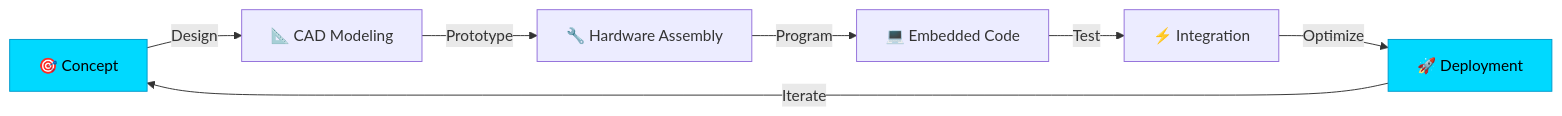
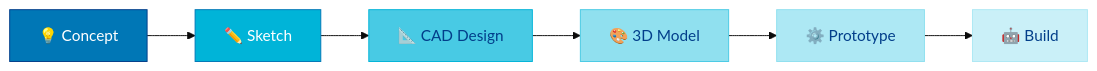
The second of 3 diagrams in readme.md (nasblor/nasblor), drawn with Mermaid before and after one commit. The commit also changed other lines of this file, not shown here.

````diff
--- a/readme.md
+++ b/readme.md
@@ -63,11 +99,15 @@
 ```mermaid
-graph LR
-    A[🎯 Concept] -->|Design| B[📐 CAD Modeling]
-    B -->|Prototype| C[🔧 Hardware Assembly]
-    C -->|Program| D[💻 Embedded Code]
-    D -->|Test| E[⚡ Integration]
-    E -->|Optimize| F[🚀 Deployment]
-    F -->|Iterate| A
-    style A fill:#00D9FF,stroke:#0099CC,color:#000
-    style F fill:#00D9FF,stroke:#0099CC,color:#000
+%%{init: {'theme': 'base', 'themeVariables': { 'primaryColor': '#0077B6', 'secondaryColor': '#90E0EF', 'tertiaryColor': '#CAF0F8', 'primaryTextColor': '#ffffff'}}}%%
+flowchart LR
+    A[💡 Concept] --> B[✏️ Sketch]
+    B --> C[📐 CAD Design]
+    C --> D[🎨 3D Model]
+    D --> E[⚙️ Prototype]
+    E --> F[🤖 Build]
+    style A fill:#0077B6,stroke:#023E8A,color:#fff
+    style B fill:#00B4D8,stroke:#0077B6,color:#fff
+    style C fill:#48CAE4,stroke:#00B4D8,color:#023E8A
+    style D fill:#90E0EF,stroke:#48CAE4,color:#023E8A
+    style E fill:#ADE8F4,stroke:#90E0EF,color:#023E8A
+    style F fill:#CAF0F8,stroke:#ADE8F4,color:#023E8A
 ```
````
